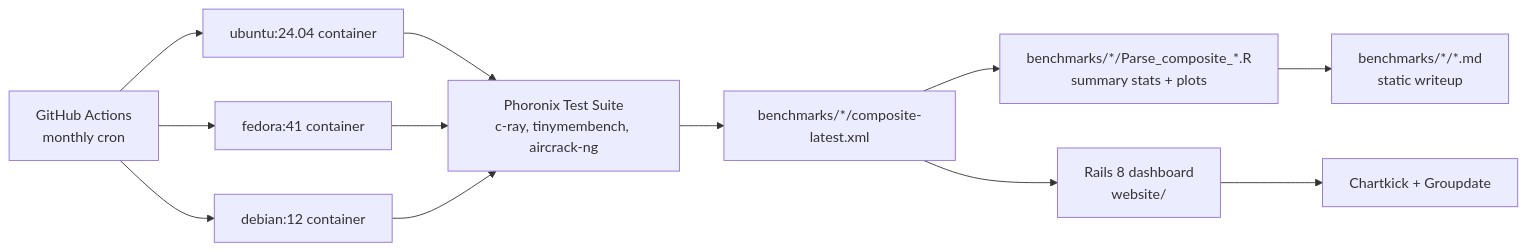
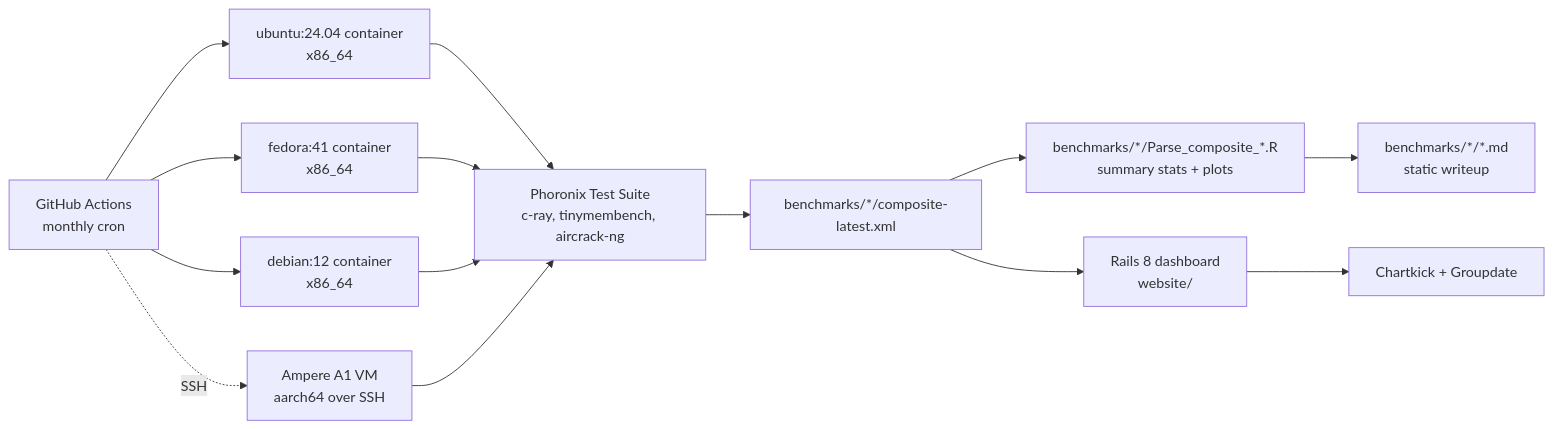
The diagram in README.md (Builder106/LinuxBenchHub), drawn with Mermaid before and after one commit. The commit also changed other lines of this file and 4 other files, not shown here.

````diff
--- a/README.md
+++ b/README.md
@@ -44,27 +47,30 @@
 ```mermaid
 flowchart LR
   cron[GitHub Actions<br/>monthly cron]
-  ubuntu[ubuntu:24.04 container]
-  fedora[fedora:41 container]
-  debian[debian:12 container]
+  ubuntu[ubuntu:24.04 container<br/>x86_64]
+  fedora[fedora:41 container<br/>x86_64]
+  debian[debian:12 container<br/>x86_64]
+  ampere[Ampere A1 VM<br/>aarch64 over SSH]
   pts[Phoronix Test Suite<br/>c-ray, tinymembench, aircrack-ng]
   composite[benchmarks/*/composite-latest.xml]
   rparser[benchmarks/*/Parse_composite_*.R<br/>summary stats + plots]
   md[benchmarks/*/*.md<br/>static writeup]
 
   cron --> ubuntu
   cron --> fedora
   cron --> debian
+  cron -.->|SSH| ampere
   ubuntu --> pts
   fedora --> pts
   debian --> pts
+  ampere --> pts
   pts --> composite
   composite --> rparser
   rparser --> md
 
   rails[Rails 8 dashboard<br/>website/]
   charts[Chartkick + Groupdate]
 
   composite --> rails
   rails --> charts
 ```
````
